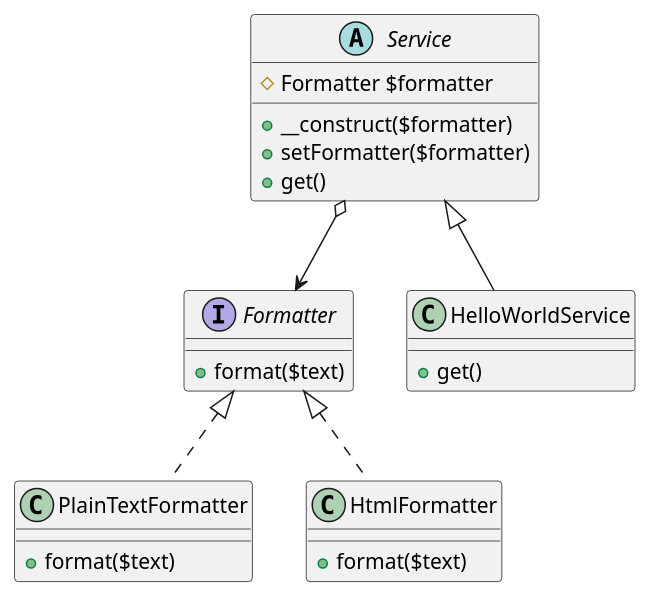
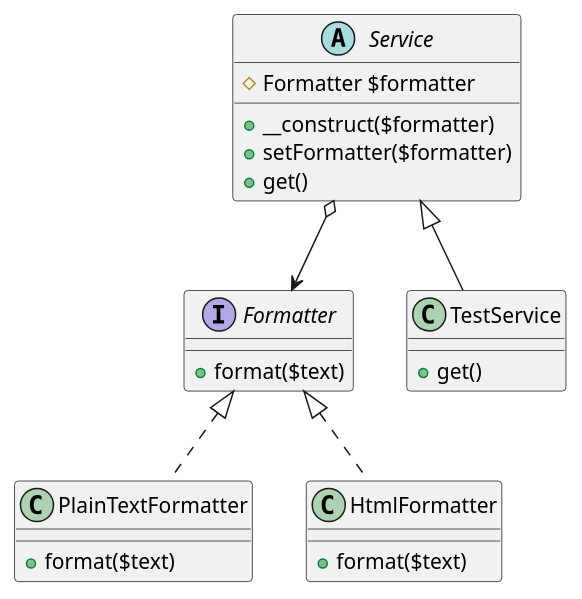
One commit to flashytime/DesignPatternsPHP changed the diagram in Structural/Bridge/Bridge.puml. Above: the diagram before and after it, drawn with PlantUML. The commit also changed 5 other files, not shown here.

```diff
--- a/Structural/Bridge/Bridge.puml
+++ b/Structural/Bridge/Bridge.puml
@@ -1,30 +1,30 @@
 @startuml
 interface Formatter {
     + format($text)
 }
 
 class PlainTextFormatter {
     + format($text)
 }
 
 class HtmlFormatter {
     + format($text)
 }
 
 Formatter <|.. PlainTextFormatter
 Formatter <|.. HtmlFormatter
 
 abstract class Service {
     # Formatter $formatter
     + __construct($formatter)
     + setFormatter($formatter)
     + get()
 }
 
-class HelloWorldService {
+class TestService {
     + get()
 }
 
-Service <|-- HelloWorldService
+Service <|-- TestService
 Service o--> Formatter
 @enduml
```
